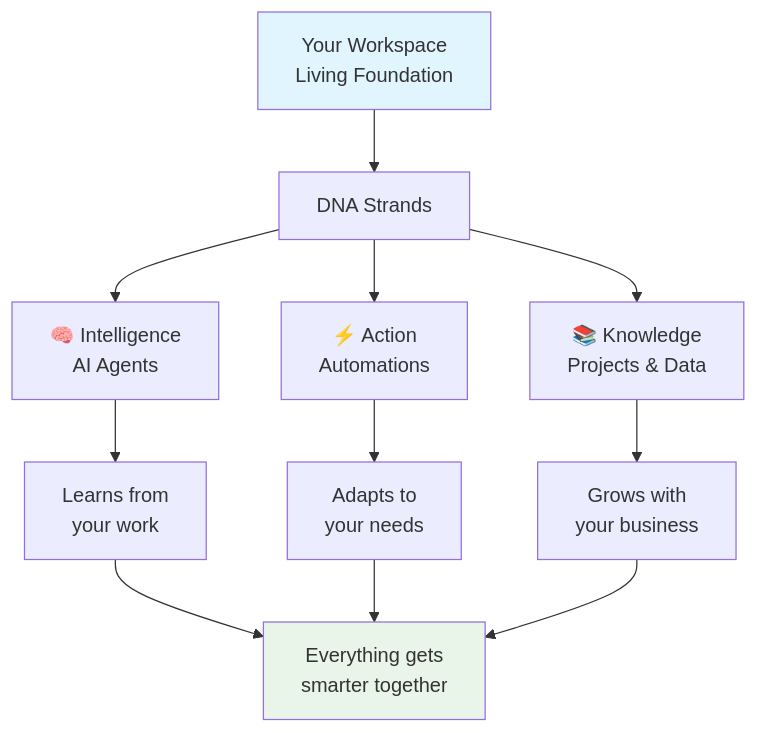
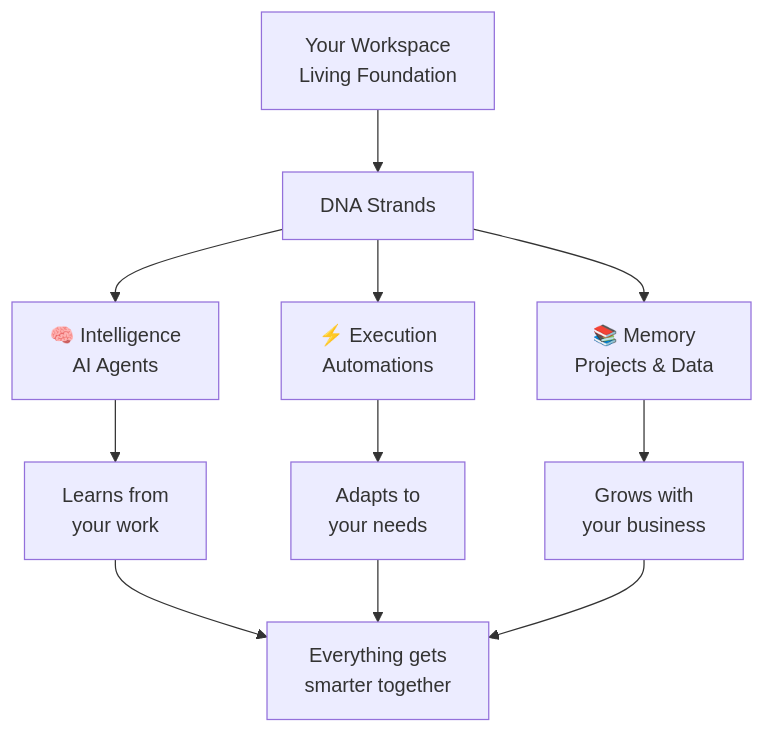
One commit to taskade/docs changed the diagram in help-and-support/index/01_workspaces.md. Above: the diagram before and after it, drawn with Mermaid. The commit also changed other lines of this file and 113 other files, not shown here.

````diff
--- a/help-and-support/index/01_workspaces.md
+++ b/help-and-support/index/01_workspaces.md
@@ -25,19 +25,16 @@
 ```mermaid
 flowchart TD
     WS[Your Workspace<br/>Living Foundation] --> DNA[DNA Strands]
 
+    DNA --> KNOW[📚 Memory<br/>Projects & Data]
     DNA --> INT[🧠 Intelligence<br/>AI Agents]
-    DNA --> ACT[⚡ Action<br/>Automations]
-    DNA --> KNOW[📚 Knowledge<br/>Projects & Data]
+    DNA --> ACT[⚡ Execution<br/>Automations]
 
+    KNOW --> GROW[Grows with<br/>your business]
     INT --> LEARN[Learns from<br/>your work]
     ACT --> ADAPT[Adapts to<br/>your needs]
-    KNOW --> GROW[Grows with<br/>your business]
 
     LEARN --> EVOLVE[Everything gets<br/>smarter together]
     ADAPT --> EVOLVE
     GROW --> EVOLVE
-
-    style WS fill:#e1f5fe
-    style EVOLVE fill:#e8f5e8
 ```
````
